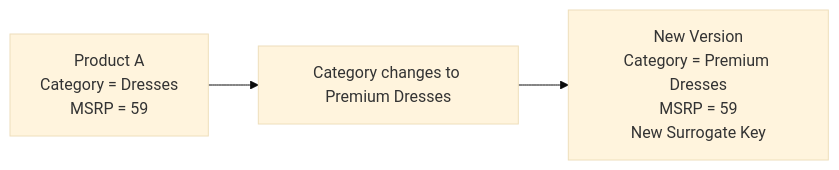
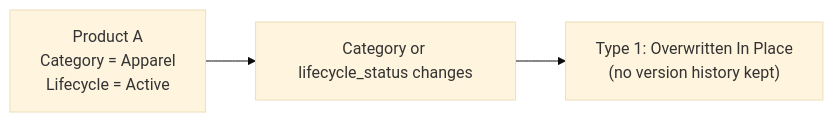
The third of 4 diagrams in vespera-analytics-platform/docs/02_architecture/03_star_schema.md (jovync/analytics-portfolio), drawn with Mermaid (base theme) before and after one commit. The commit also changed other lines of this file and 4 other files, not shown here.

Commit message:
docs: reconcile star schema and data dictionary against actual dbt implementation (v1.3)

````diff
--- a/vespera-analytics-platform/docs/02_architecture/03_star_schema.md
+++ b/vespera-analytics-platform/docs/02_architecture/03_star_schema.md
@@ -283,16 +293,14 @@
 ```mermaid
 flowchart LR
 
 Old["Product A
-Category = Dresses
-MSRP = 59"]
+Category = Apparel
+Lifecycle = Active"]
 
-Change["Category changes to Premium Dresses"]
+Change["Category or lifecycle_status changes"]
 
-New["New Version
-Category = Premium Dresses
-MSRP = 59
-New Surrogate Key"]
+New["Type 1: Overwritten In Place
+(no version history kept)"]
 
 Old --> Change --> New
 ```
````
